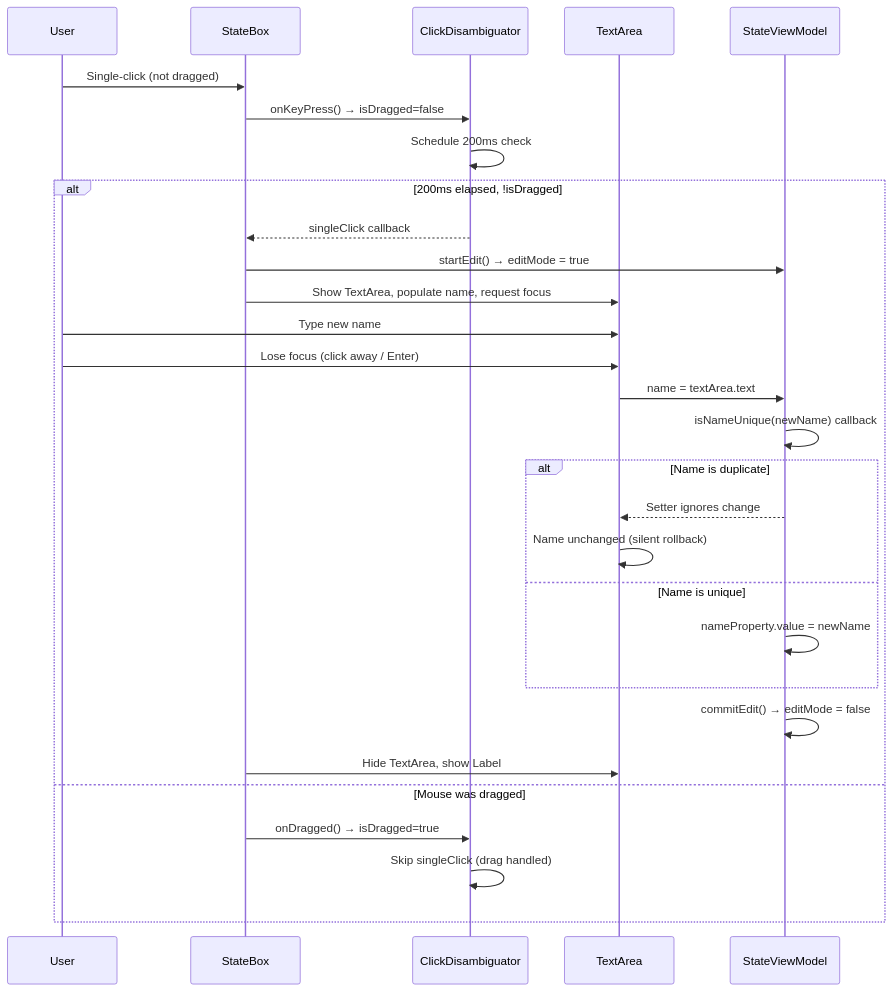
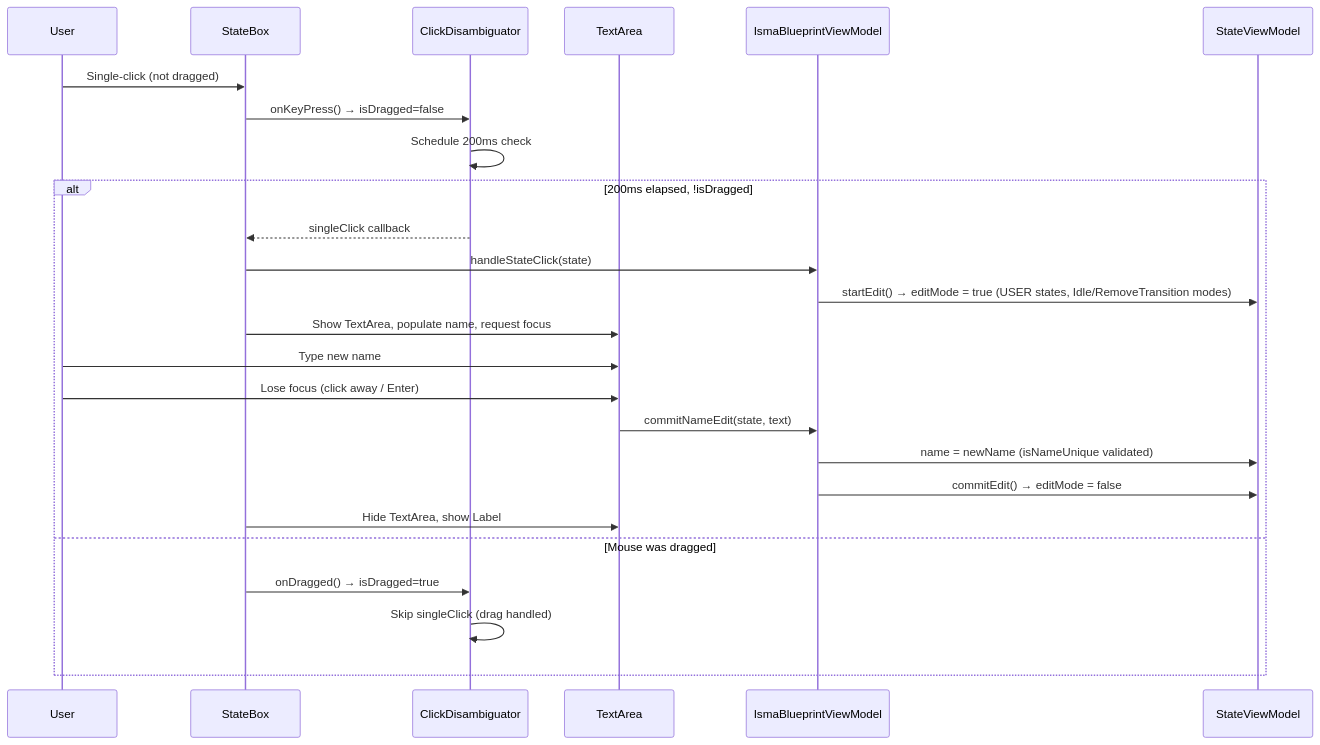
The diagram in docs/isma-ui/blueprint-editor/03-ux-spec.md (SmallBossGames/isma), drawn with Mermaid before and after one commit. The commit also changed other lines of this file and 21 other files, not shown here.

````diff
--- a/docs/isma-ui/blueprint-editor/03-ux-spec.md
+++ b/docs/isma-ui/blueprint-editor/03-ux-spec.md
@@ -35,32 +37,28 @@
 ```mermaid
 sequenceDiagram
     participant U as User
     participant SB as StateBox
     participant CD as ClickDisambiguator
     participant TA as TextArea
+    participant VM as IsmaBlueprintViewModel
     participant SVM as StateViewModel
 
     U->>SB: Single-click (not dragged)
     SB->>CD: onKeyPress() → isDragged=false
     CD->>CD: Schedule 200ms check
     alt 200ms elapsed, !isDragged
         CD-->>SB: singleClick callback
-        SB->>SVM: startEdit() → editMode = true
+        SB->>VM: handleStateClick(state)
+        VM->>SVM: startEdit() → editMode = true (USER states, Idle/RemoveTransition modes)
         SB->>TA: Show TextArea, populate name, request focus
         U->>TA: Type new name
         U->>TA: Lose focus (click away / Enter)
-        TA->>SVM: name = textArea.text
-        SVM->>SVM: isNameUnique(newName) callback
-        alt Name is duplicate
-            SVM-->>TA: Setter ignores change
-            TA->>TA: Name unchanged (silent rollback)
-        else Name is unique
-            SVM->>SVM: nameProperty.value = newName
-        end
-        SVM->>SVM: commitEdit() → editMode = false
+        TA->>VM: commitNameEdit(state, text)
+        VM->>SVM: name = newName (isNameUnique validated)
+        VM->>SVM: commitEdit() → editMode = false
         SB->>TA: Hide TextArea, show Label
     else Mouse was dragged
         SB->>CD: onDragged() → isDragged=true
         CD->>CD: Skip singleClick (drag handled)
     end
 ```
````
